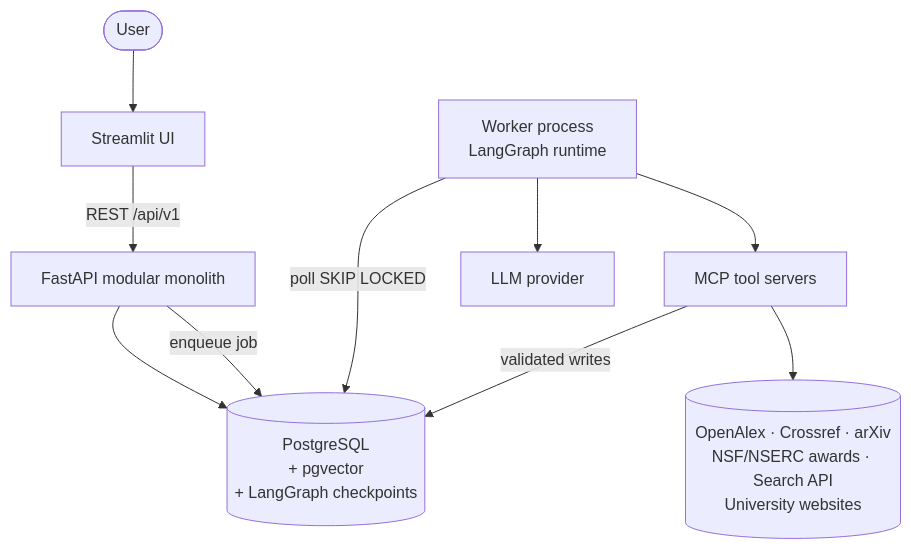
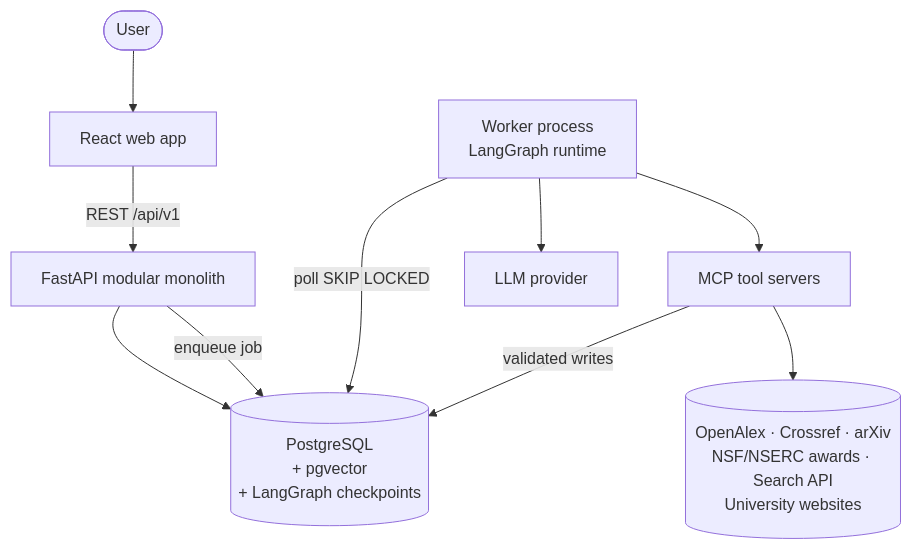
The first of 3 diagrams in Planning.md (Saurab-Shrestha/research-scout), drawn with Mermaid before and after one commit. The commit also changed other lines of this file and 59 other files, not shown here.

First line of the commit message:
feat: React web app replacing Streamlit

````diff
--- a/Planning.md
+++ b/Planning.md
@@ -197,12 +197,12 @@
 ```mermaid
 flowchart TB
-    User([User]) --> UI[Streamlit UI]
+    User([User]) --> UI[React web app]
     UI -->|REST /api/v1| API[FastAPI modular monolith]
     API --> DB[(PostgreSQL<br/>+ pgvector<br/>+ LangGraph checkpoints)]
     API -->|enqueue job| DB
     Worker[Worker process<br/>LangGraph runtime] -->|poll SKIP LOCKED| DB
     Worker --> MCP[MCP tool servers]
     Worker --> LLM[LLM provider]
     MCP --> Ext[(OpenAlex · Crossref · arXiv<br/>NSF/NSERC awards · Search API<br/>University websites)]
     MCP -->|validated writes| DB
 ```
````
